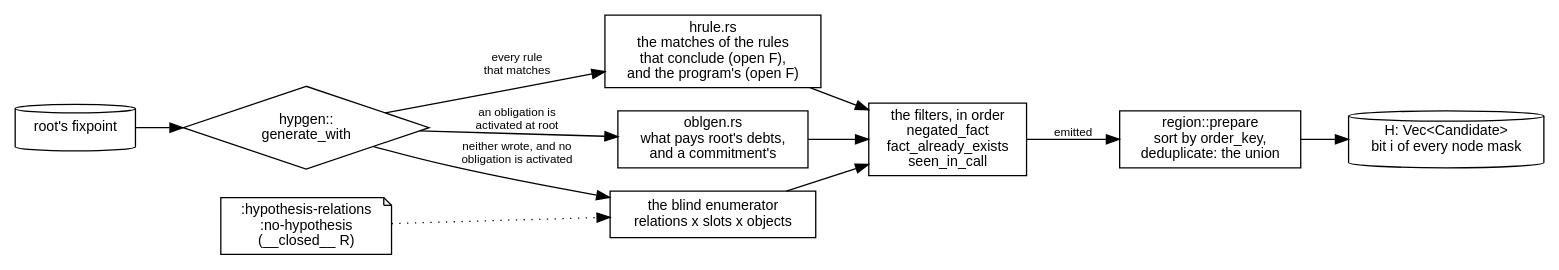
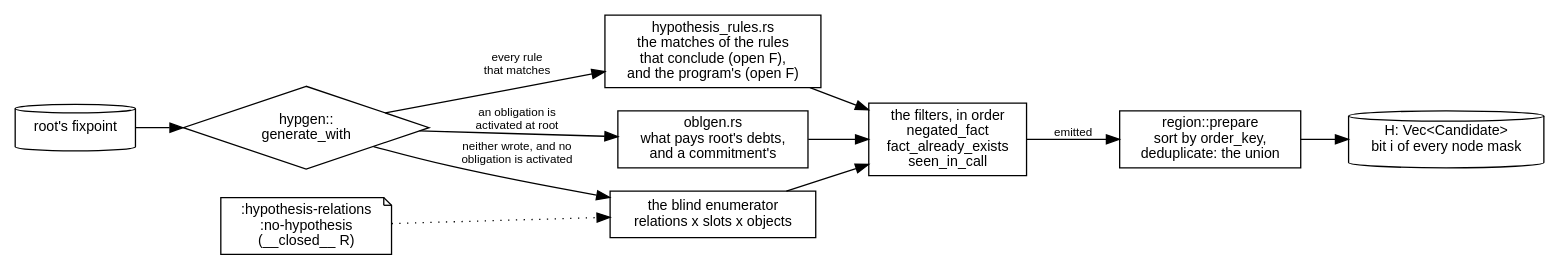
Before and after one commit to agutikov/ein: the diagram in docs/ein/ein.rs/03-design/diagrams/07-hypothesis-order.dot, drawn with Graphviz. The commit also changed 119 other files, not shown here.

First line of the commit message:
The pages and the decisions say a hypothesis rule is a rule that concludes (open F), activated by the facts of its name a program writes, with no hrule form and no :hrules clause; Q-M1f.567 filed (S1f.21.18, task 4).

```diff
--- a/docs/ein/ein.rs/03-design/diagrams/07-hypothesis-order.dot
+++ b/docs/ein/ein.rs/03-design/diagrams/07-hypothesis-order.dot
@@ -1,24 +1,24 @@
 digraph h {
   rankdir=LR;
   node [shape=box, fontname="Helvetica", fontsize=11];
   edge [fontname="Helvetica", fontsize=9];
 
   root  [shape=cylinder, label="root's fixpoint"];
   gen   [shape=diamond, label="hypgen::\ngenerate_with"];
-  r1    [label="hrule.rs\nthe matches of the rules\nthat conclude (open F),\nand the program's (open F)"];
+  r1    [label="hypothesis_rules.rs\nthe matches of the rules\nthat conclude (open F),\nand the program's (open F)"];
   r2    [label="oblgen.rs\nwhat pays root's debts,\nand a commitment's"];
   r3    [label="the blind enumerator\nrelations x slots x objects"];
   scope [shape=note, label=":hypothesis-relations\n:no-hypothesis\n(__closed__ R)"];
   filt  [label="the filters, in order\nnegated_fact\nfact_already_exists\nseen_in_call"];
   sort  [label="region::prepare\nsort by order_key,\ndeduplicate: the union"];
   H     [shape=cylinder, label="H: Vec<Candidate>\nbit i of every node mask"];
 
   root -> gen;
   gen -> r1 [label="every rule\nthat matches"];
   gen -> r2 [label="an obligation is\nactivated at root"];
   gen -> r3 [label="neither wrote, and no\nobligation is activated"];
   scope -> r3 [style=dotted];
   r1 -> filt; r2 -> filt; r3 -> filt;
   filt -> sort [label="emitted"];
   sort -> H;
 }
```
